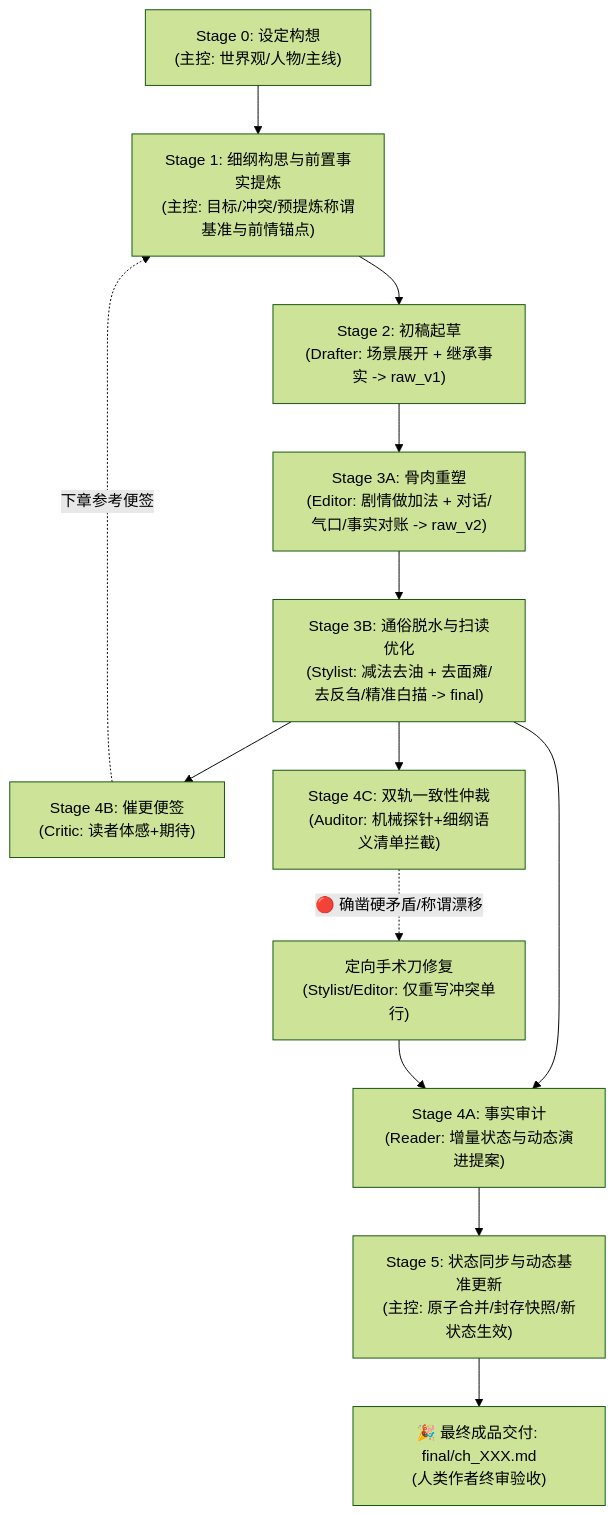
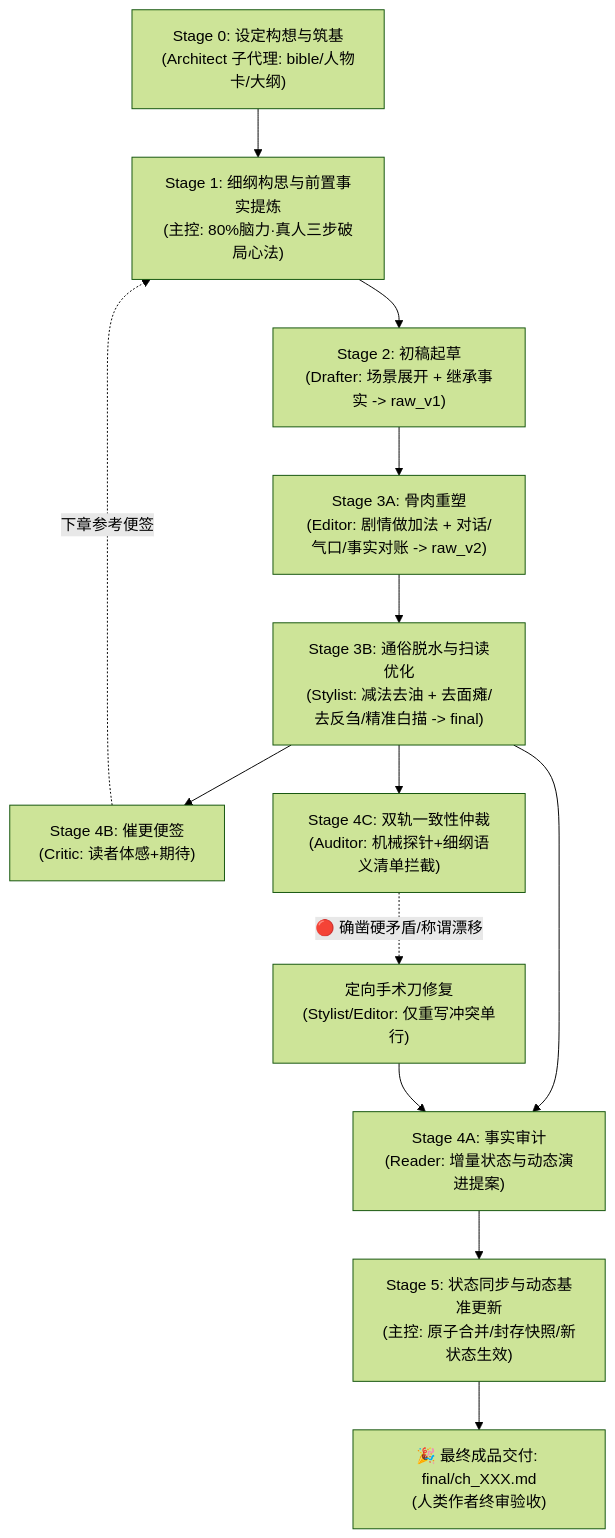
The diagram in AGENTS.md (cg110902/NOVEL), drawn with Mermaid (forest theme) before and after one commit. The commit also changed other lines of this file and 7 other files, not shown here.

````diff
--- a/AGENTS.md
+++ b/AGENTS.md
@@ -41,15 +42,15 @@
 ```mermaid
 graph TD
-    S0["Stage 0: 设定构想<br/>(主控: 世界观/人物/主线)"] --> S1["Stage 1: 细纲构思与前置事实提炼<br/>(主控: 目标/冲突/预提炼称谓基准与前情锚点)"]
+    S0["Stage 0: 设定构想与筑基<br/>(Architect 子代理: bible/人物卡/大纲)"] --> S1["Stage 1: 细纲构思与前置事实提炼<br/>(主控: 80%脑力·真人三步破局心法)"]
     S1 --> S2["Stage 2: 初稿起草<br/>(Drafter: 场景展开 + 继承事实 -> raw_v1)"]
     S2 --> S3A["Stage 3A: 骨肉重塑<br/>(Editor: 剧情做加法 + 对话/气口/事实对账 -> raw_v2)"]
     S3A --> S3B["Stage 3B: 通俗脱水与扫读优化<br/>(Stylist: 减法去油 + 去面瘫/去反刍/精准白描 -> final)"]
     S3B --> S4A["Stage 4A: 事实审计<br/>(Reader: 增量状态与动态演进提案)"]
     S3B --> S4B["Stage 4B: 催更便签<br/>(Critic: 读者体感+期待)"]
     S3B --> S4C["Stage 4C: 双轨一致性仲裁<br/>(Auditor: 机械探针+细纲语义清单拦截)"]
     S4C -. "🔴 确凿硬矛盾/称谓漂移" .-> S3Patch["定向手术刀修复<br/>(Stylist/Editor: 仅重写冲突单行)"]
     S3Patch --> S4A
     S4A --> S5["Stage 5: 状态同步与动态基准更新<br/>(主控: 原子合并/封存快照/新状态生效)"]
     S4B -. "下章参考便签" .-> S1
     S5 --> S6["🎉 最终成品交付: final/ch_XXX.md<br/>(人类作者终审验收)"]
 ```
````
